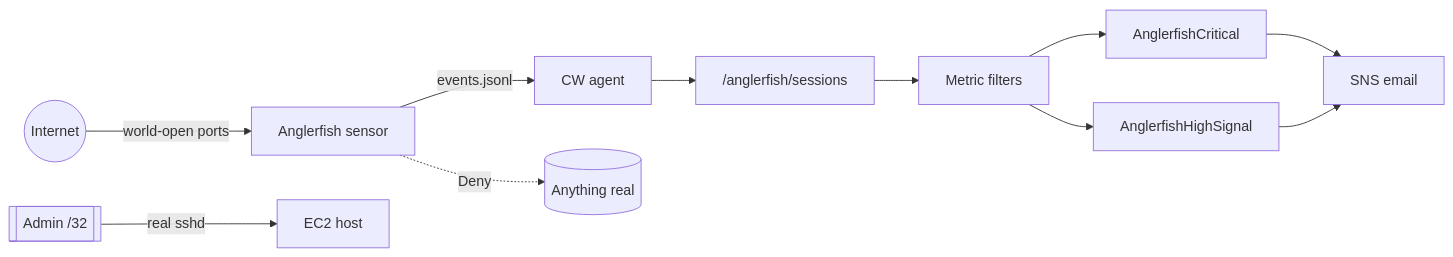
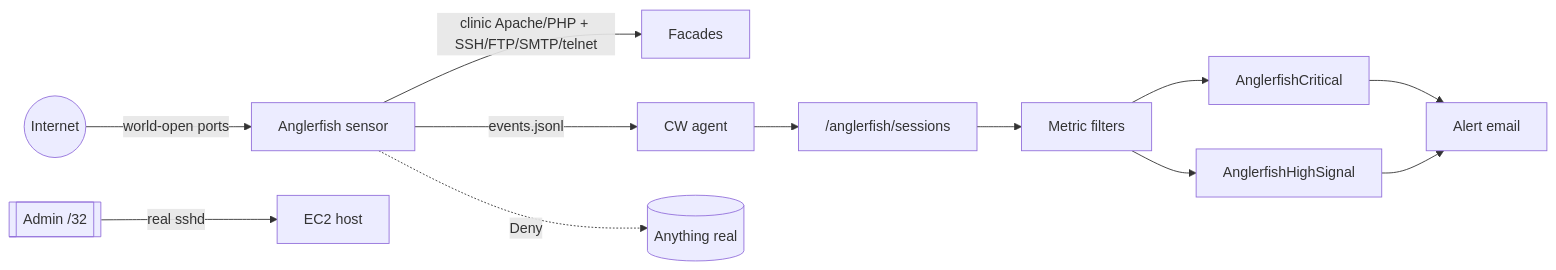
Before and after one commit to DhWonder/anglerfish: the diagram in README.md, drawn with Mermaid. The commit also changed other lines of this file and 44 other files, not shown here.

First line of the commit message:
Clinic Apache/PHP cover, PHP2Shell and public-privesc lures

````diff
--- a/README.md
+++ b/README.md
@@ -28,13 +46,14 @@
 ```mermaid
 flowchart LR
   Attacker((Internet)) -->|world-open ports| Sensor[Anglerfish sensor]
   Admin[[Admin /32]] -->|real sshd| Host[EC2 host]
+  Sensor -->|clinic Apache/PHP + SSH/FTP/SMTP/telnet| Facades[Facades]
   Sensor -->|events.jsonl| Agent[CW agent]
   Agent --> Logs["/anglerfish/sessions"]
   Logs --> MF[Metric filters]
   MF --> Crit[AnglerfishCritical]
   MF --> High[AnglerfishHighSignal]
-  Crit --> SNS[SNS email]
-  High --> SNS
+  Crit --> Alert[Alert email]
+  High --> Alert
   Sensor -.->|Deny| Real[(Anything real)]
 ```
````
